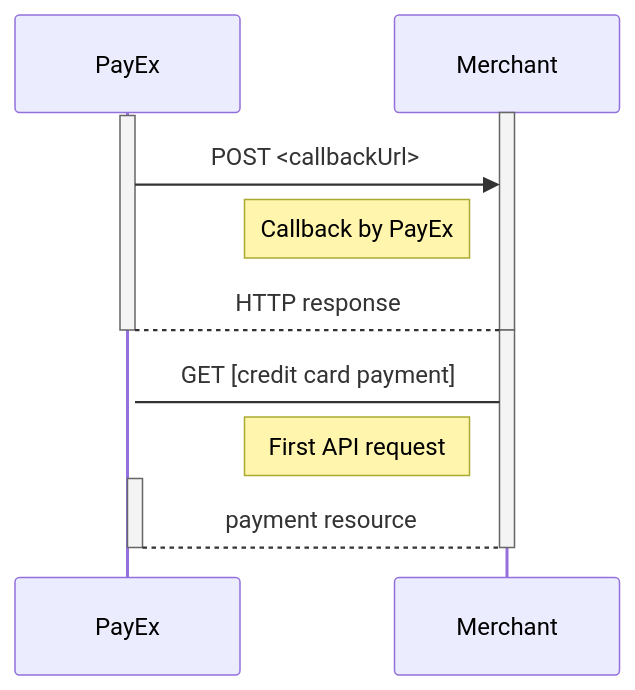
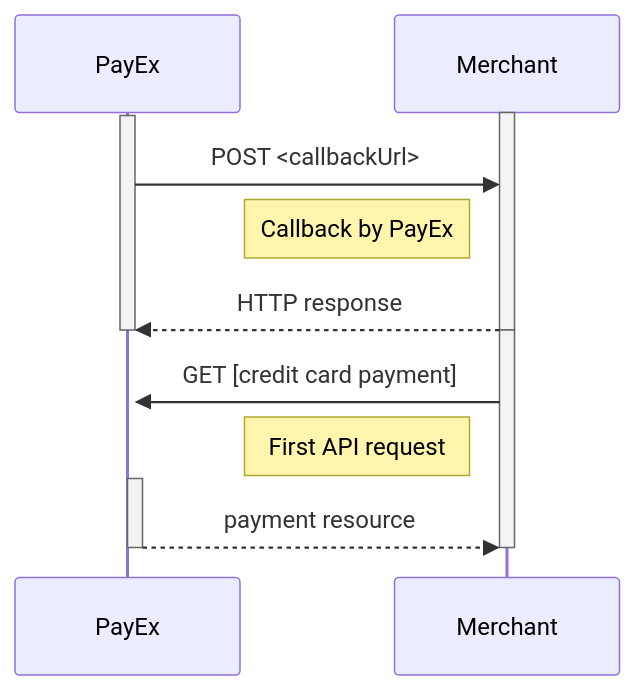
Before and after one commit to SwedbankPay/developer.swedbankpay.com: the fourth of 10 diagrams in payments/credit-card/after-payment.md, drawn with Mermaid. The commit also changed other lines of this file, not shown here.

Commit message:
DX-266 removed link from diagram and added double arrowhead to diagrams

````diff
--- a/payments/credit-card/after-payment.md
+++ b/payments/credit-card/after-payment.md
@@ -604,19 +604,19 @@
 ```mermaid
 sequenceDiagram
   activate Merchant
   activate PayEx
   PayEx->>Merchant: POST <callbackUrl>
   note left of Merchant: Callback by PayEx
-  Merchant-->PayEx: HTTP response
+  Merchant-->>PayEx: HTTP response
   deactivate PayEx
   deactivate Merchant
 
   activate Merchant
   activate PayEx
-  Merchant->PayEx: GET [credit card payment]
+  Merchant->>PayEx: GET [credit card payment]
   note left of Merchant: First API request
   Activate PayEx
-  PayEx-->Merchant: payment resource
+  PayEx-->>Merchant: payment resource
   deactivate PayEx
   deactivate Merchant
 ```
````
